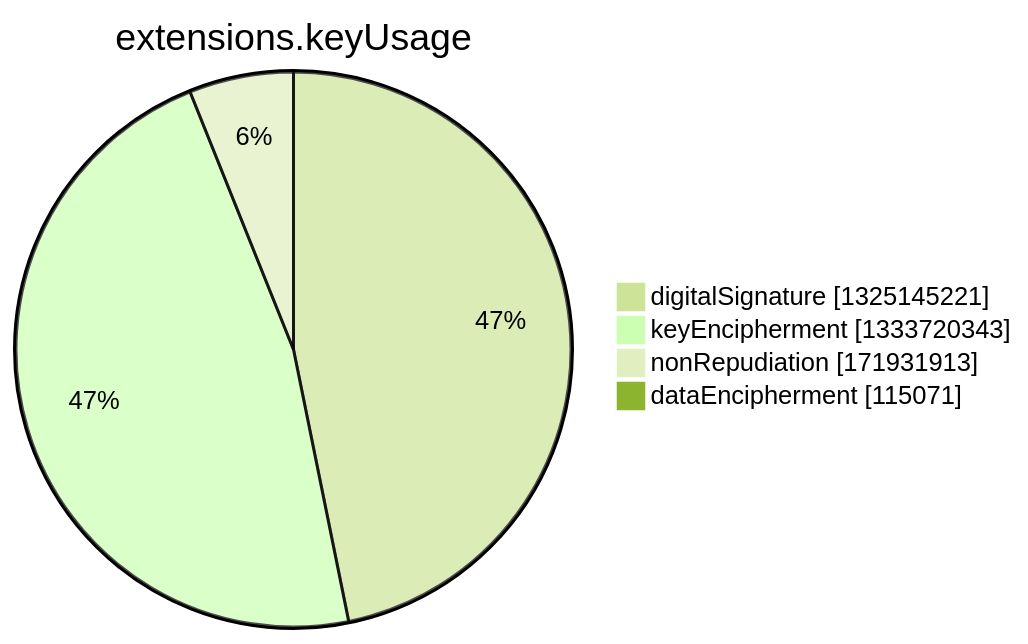
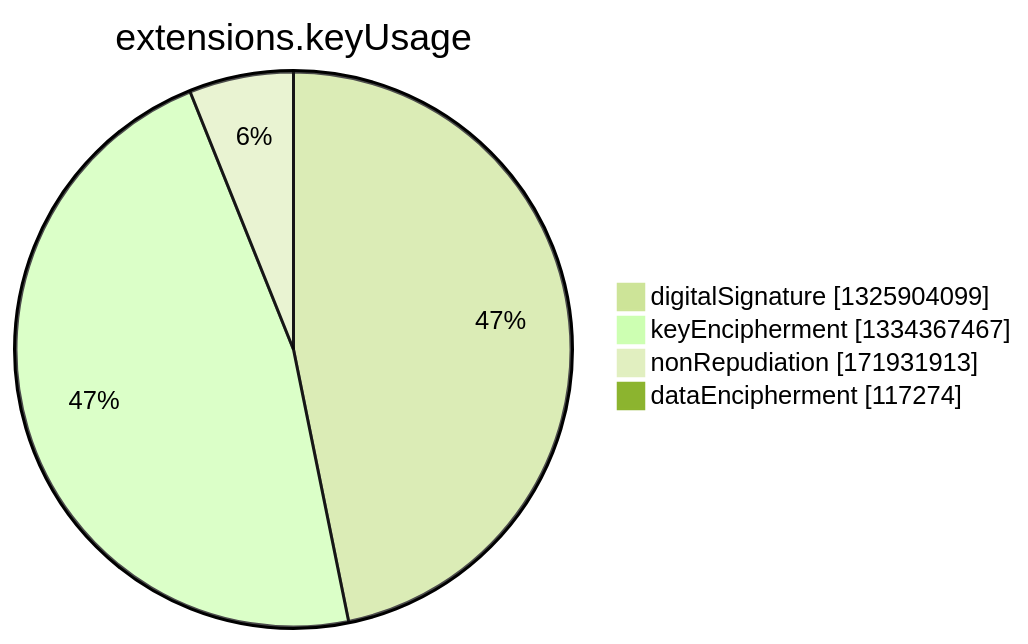
The seventh of 15 diagrams in argon2022/README.md (christiankrug/ctmonitor_visualization), drawn with Mermaid (forest theme) before and after one commit. The commit also changed other lines of this file, not shown here.

````diff
--- a/argon2022/README.md
+++ b/argon2022/README.md
@@ -2750,8 +2750,8 @@
 ```mermaid
 pie showData
 title extensions.keyUsage
-"digitalSignature" :1325145221
-"keyEncipherment" :1333720343
+"digitalSignature" :1325904099
+"keyEncipherment" :1334367467
 "nonRepudiation" :171931913
-"dataEncipherment" :115071
+"dataEncipherment" :117274
 ```
````
